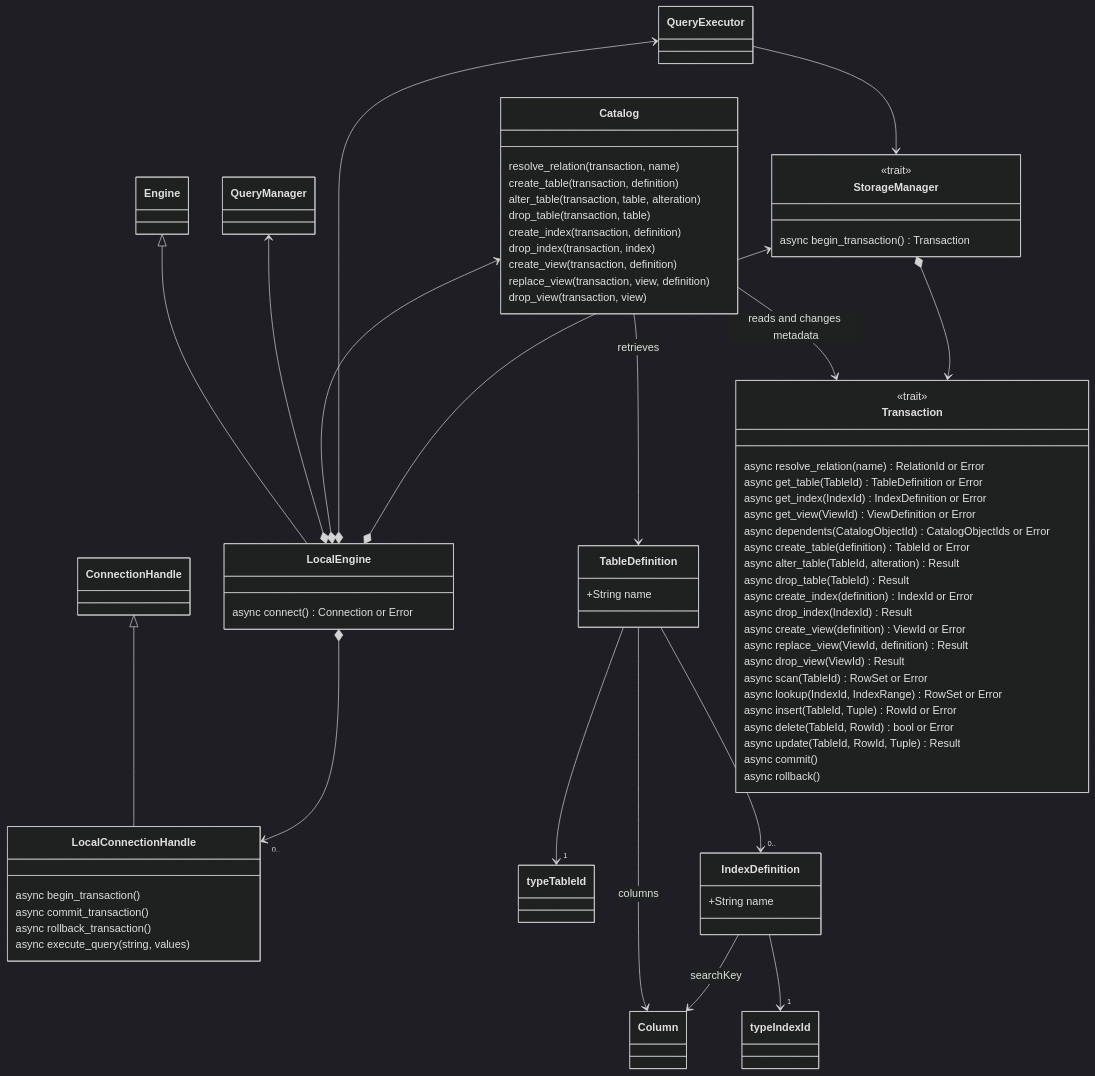
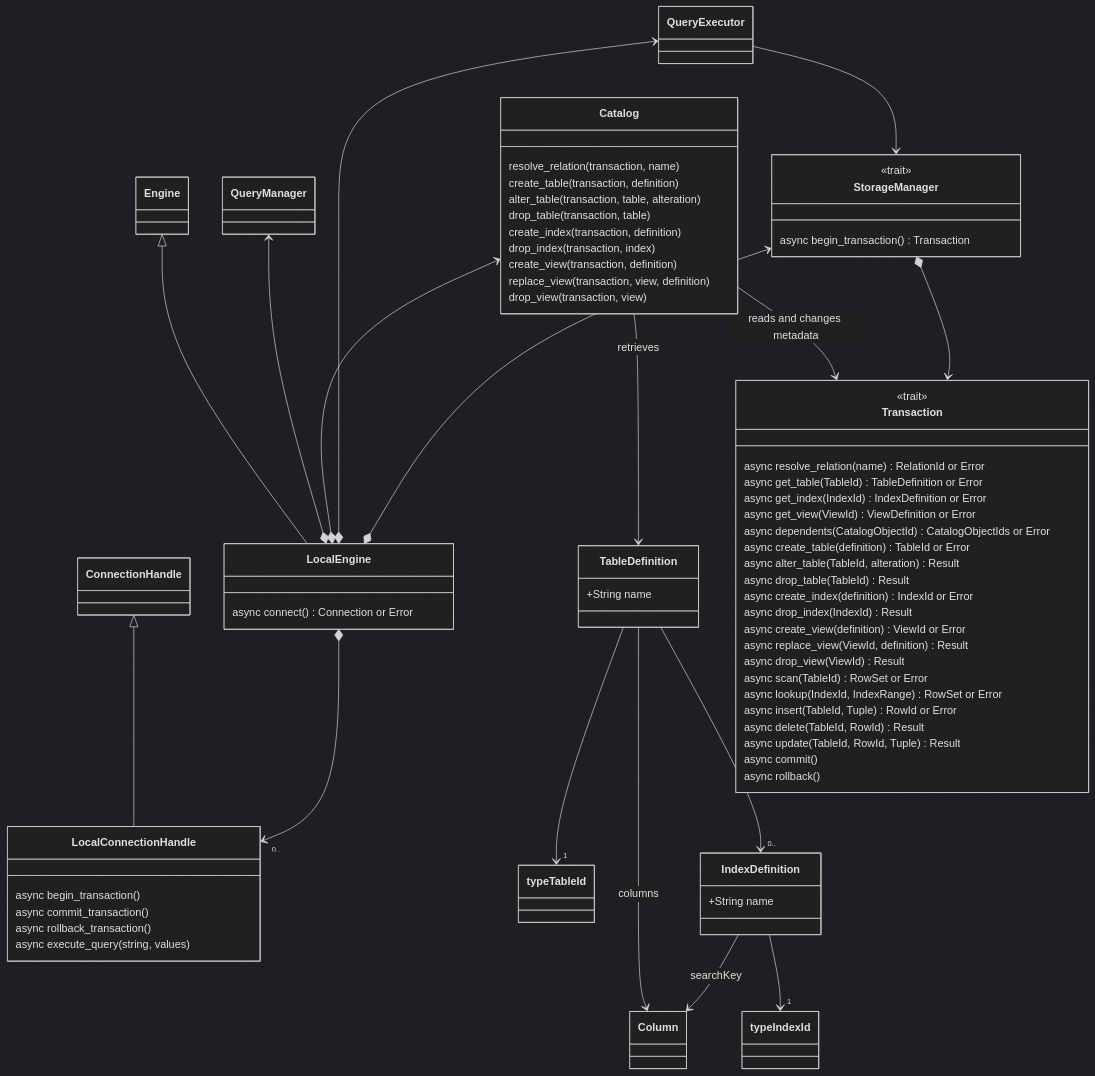
The first of 2 diagrams in docs/design/local_sql_db.md (adityarao2005/database), drawn with Mermaid (dark theme) before and after one commit. The commit also changed other lines of this file and 1 other file, not shown here.

```diff
--- a/docs/design/local_sql_db.md
+++ b/docs/design/local_sql_db.md
@@ -77,7 +77,7 @@
         async scan(TableId) RowSet or Error
         async lookup(IndexId, IndexRange) RowSet or Error
         async insert(TableId, Tuple) RowId or Error
-        async delete(TableId, RowId) bool or Error
+        async delete(TableId, RowId) Result
         async update(TableId, RowId, Tuple) Result
         async commit()
         async rollback()
```
